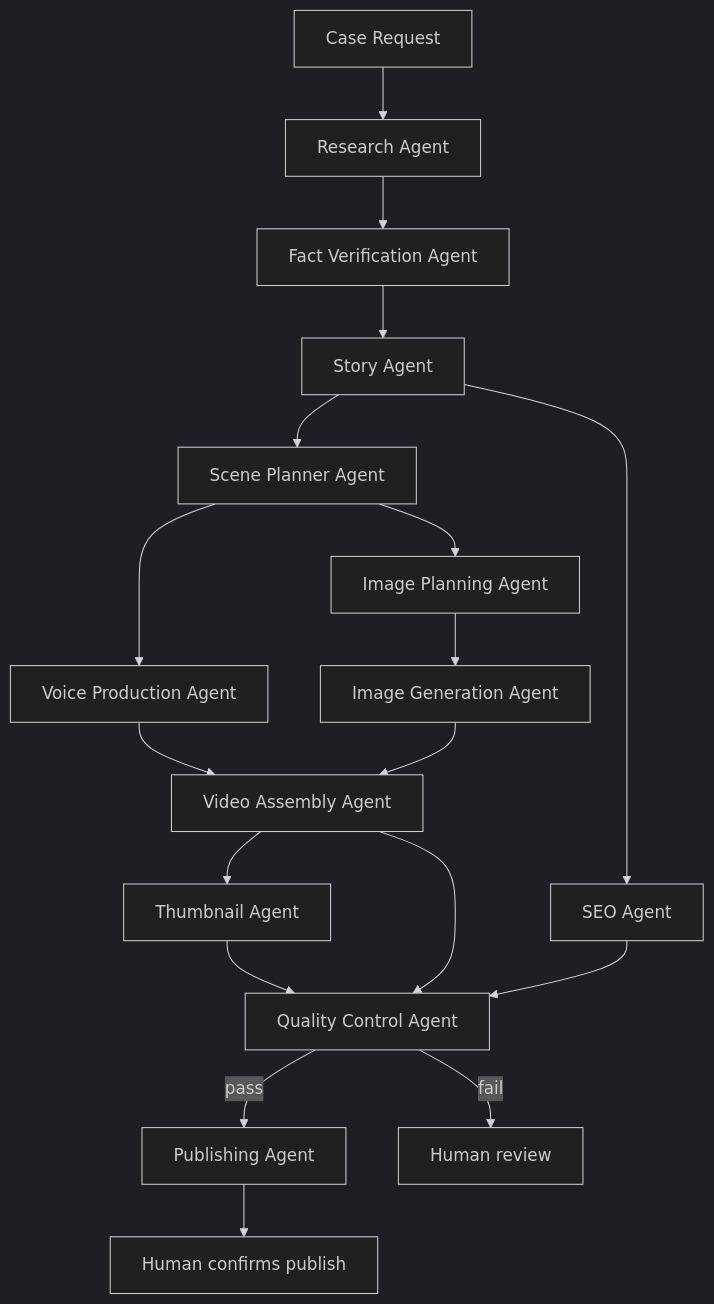
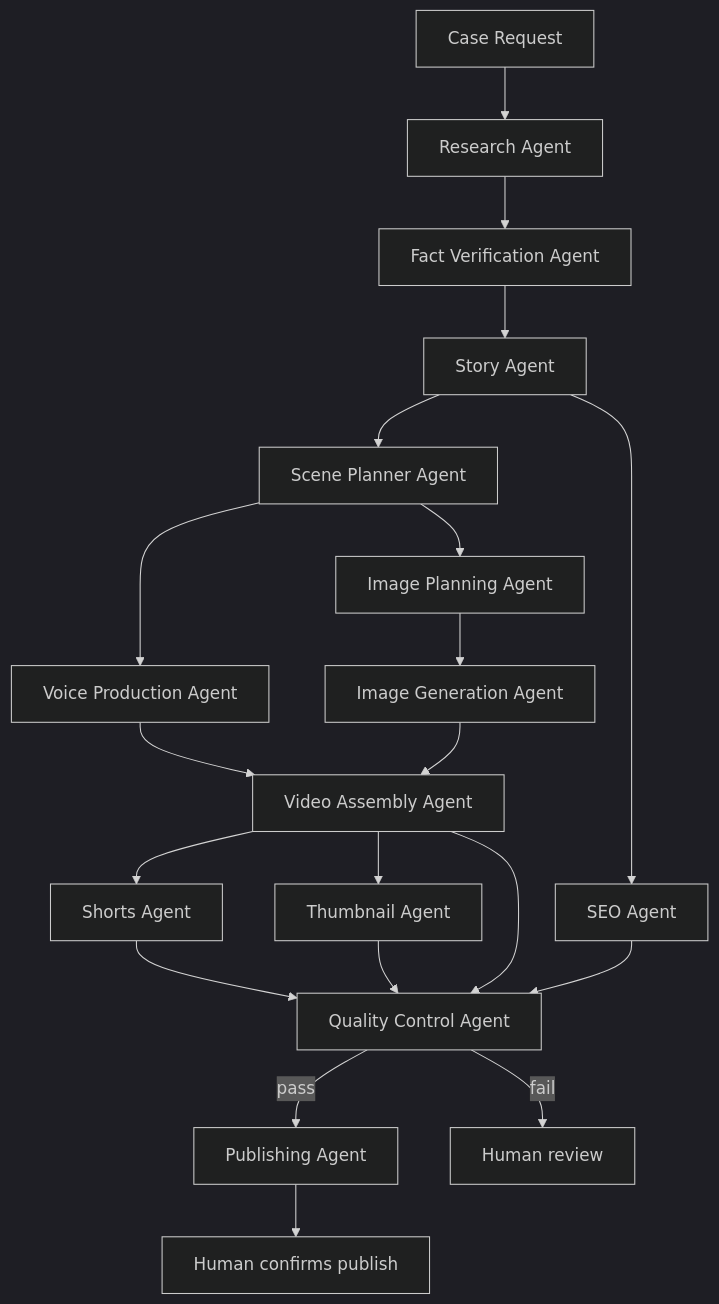
The diagram in ProductionStudio/Documentation/ARCHITECTURE.md (DenisK81/YT-Studio), drawn with Mermaid (dark theme) before and after one commit. The commit also changed other lines of this file and 9 other files, not shown here.

````diff
--- a/ProductionStudio/Documentation/ARCHITECTURE.md
+++ b/ProductionStudio/Documentation/ARCHITECTURE.md
@@ -20,20 +20,22 @@
 ```mermaid
 flowchart TD
     A[Case Request] --> B[Research Agent]
     B --> C[Fact Verification Agent]
     C --> D[Story Agent]
     D --> E[Scene Planner Agent]
     E --> F[Voice Production Agent]
     E --> G[Image Planning Agent]
     G --> H[Image Generation Agent]
     F --> I[Video Assembly Agent]
     H --> I
+    I --> P[Shorts Agent]
     I --> J[Thumbnail Agent]
     D --> K[SEO Agent]
-    J --> L[Quality Control Agent]
+    P --> L[Quality Control Agent]
+    J --> L
     K --> L
     I --> L
     L -->|pass| M[Publishing Agent]
     L -->|fail| N[Human review]
     M --> O[Human confirms publish]
 ```
````
